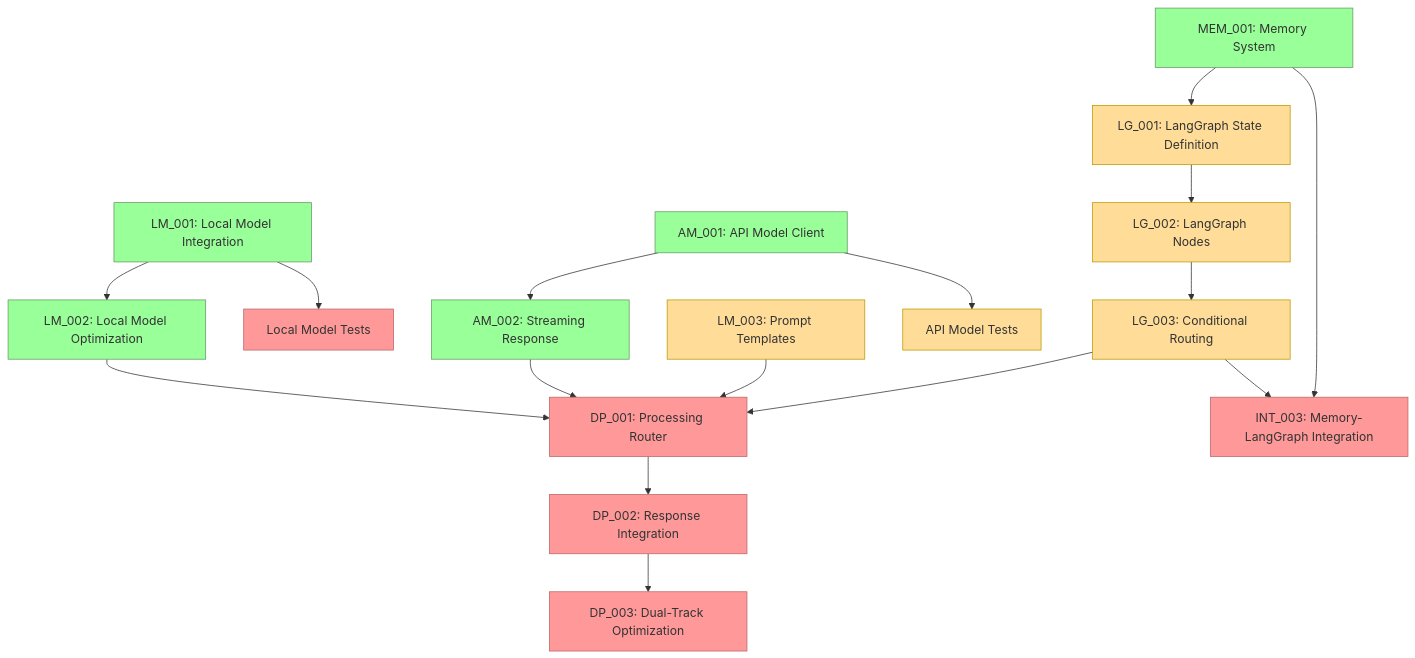
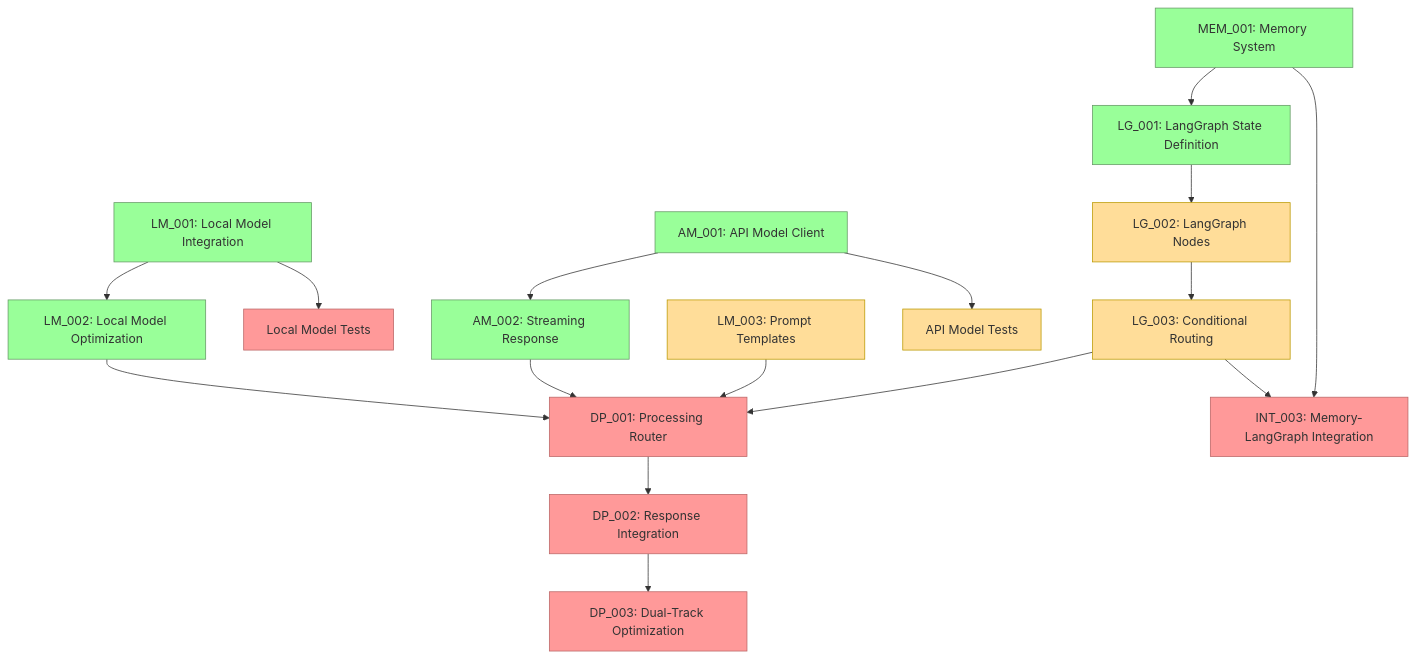
One commit to vigil-313/VANTA-ALPHA changed the diagram in SESSION_STATE.md. Above: the diagram before and after it, drawn with Mermaid. The commit also changed other lines of this file and 8 other files, not shown here.

````diff
--- a/SESSION_STATE.md
+++ b/SESSION_STATE.md
@@ -274,35 +254,35 @@
 ```mermaid
 graph TD
     %% Core Components with Status
     LM001[LM_001: Local Model Integration] --> LM002[LM_002: Local Model Optimization]
     
     AM001[AM_001: API Model Client] --> AM002[AM_002: Streaming Response]
     
     MEM001[MEM_001: Memory System] --> LG001[LG_001: LangGraph State Definition]
     LG001 --> LG002[LG_002: LangGraph Nodes]
     LG002 --> LG003[LG_003: Conditional Routing]
     
     LM002 & AM002 & LG003 --> DP001[DP_001: Processing Router]
     
     LM003[LM_003: Prompt Templates] --> DP001
     
     %% Integration path
     DP001 --> DP002[DP_002: Response Integration]
     DP002 --> DP003[DP_003: Dual-Track Optimization]
     
     %% Memory-LangGraph Integration
     LG003 & MEM001 --> INT003[INT_003: Memory-LangGraph Integration]
     
     %% Testing
     LM001 --> LMTest[Local Model Tests]
     AM001 --> AMTest[API Model Tests]
     
     %% Status styling
     classDef completed fill:#9f9,stroke:#696,stroke-width:1px
     classDef inprogress fill:#fd9,stroke:#b90,stroke-width:1px
     classDef notstarted fill:#f99,stroke:#b66,stroke-width:1px
     
-    class LM001,AM001,MEM001,LM002,AM002 completed
-    class LM003,AMTest,LG001,LG002,LG003 inprogress
+    class LM001,AM001,MEM001,LM002,AM002,LG001 completed
+    class LM003,AMTest,LG002,LG003 inprogress
     class INT003,LMTest,DP001,DP002,DP003 notstarted
 ```
````
